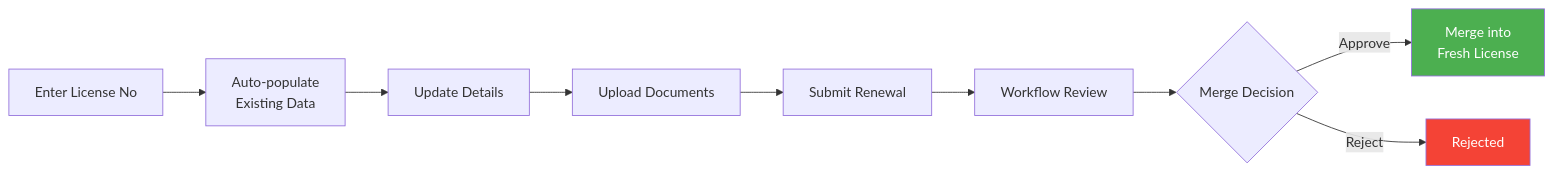
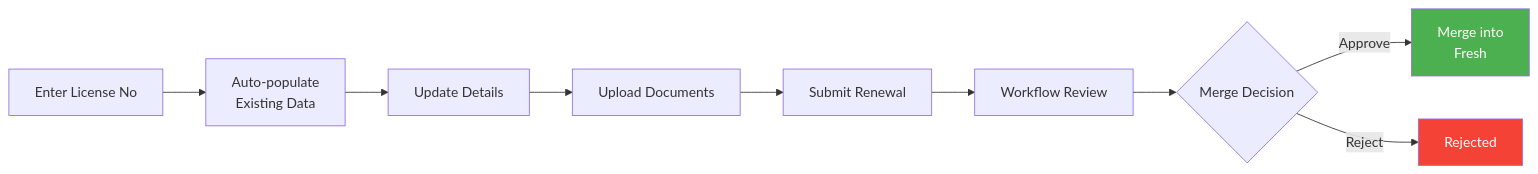
One commit to sparquer24/alms changed the ninth of 11 diagrams in docs/BACKEND_ARCHITECTURE.md. Above: the diagram before and after it, drawn with Mermaid. The commit also changed other lines of this file and 45 other files, not shown here.

Commit message:
feat: refactor license application mapping and improve renewal origin document flow

````diff
--- a/docs/BACKEND_ARCHITECTURE.md
+++ b/docs/BACKEND_ARCHITECTURE.md
@@ -1111,14 +1127,14 @@
 ```mermaid
 flowchart LR
     A[Enter License No] --> B[Auto-populate<br/>Existing Data]
     B --> C[Update Details]
     C --> D[Upload Documents]
     D --> E[Submit Renewal]
     E --> F[Workflow Review]
     F --> G{Merge Decision}
-    G -->|Approve| H[Merge into<br/>Fresh License]
+    G -->|Approve| H[Merge into<br/>Fresh]
     G -->|Reject| I[Rejected]
-    
+
     style H fill:#4CAF50,color:#fff
     style I fill:#f44336,color:#fff
 ```
````
